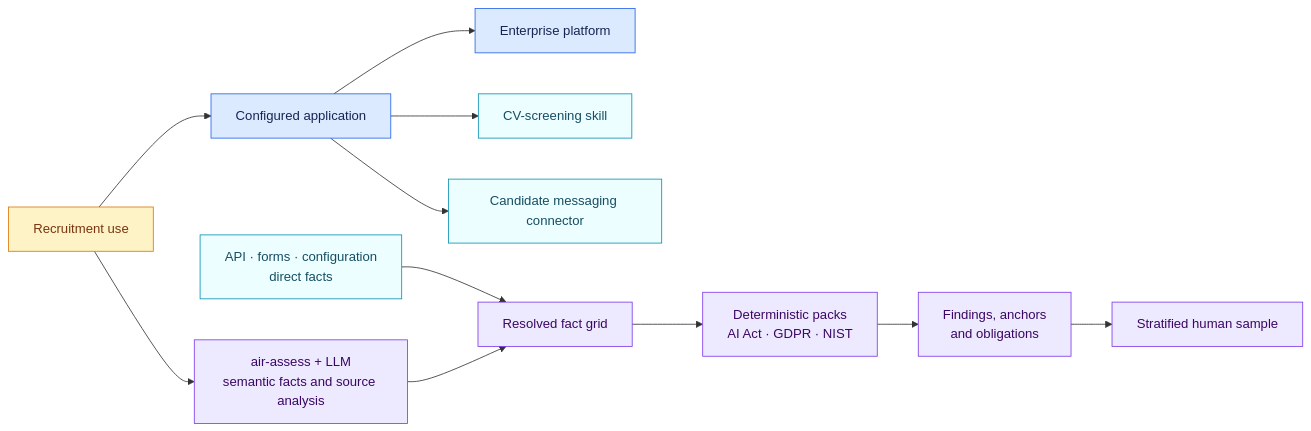
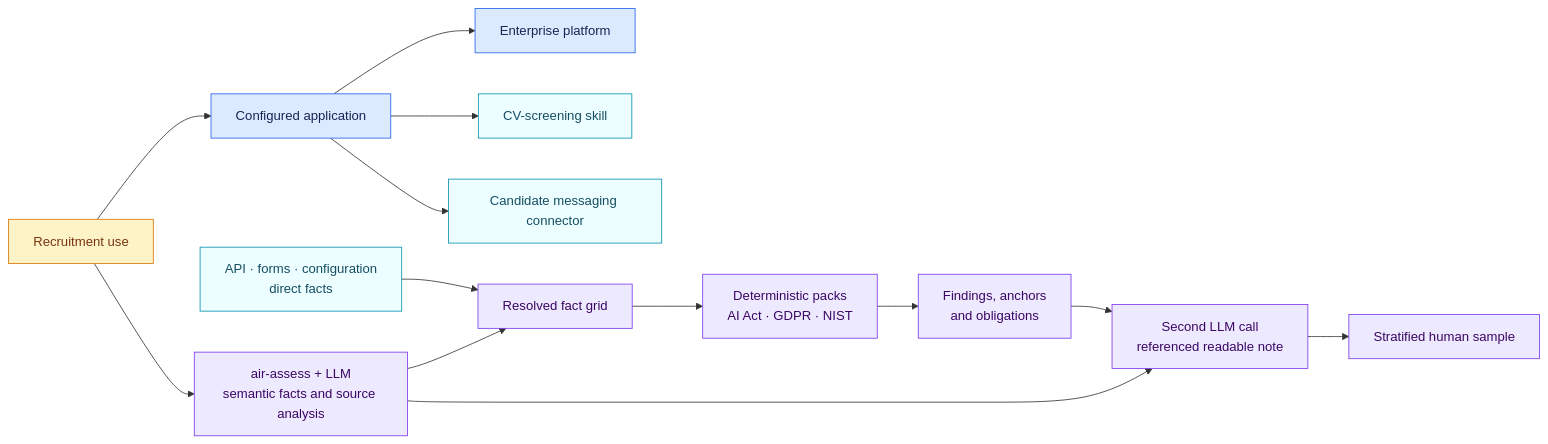
One commit to NickChaps/Open-AIRS changed the diagram in examples/ai-governance/README.md. Above: the diagram before and after it, drawn with Mermaid. The commit also changed other lines of this file and 58 other files, not shown here.

````diff
--- a/examples/ai-governance/README.md
+++ b/examples/ai-governance/README.md
@@ -10,22 +10,24 @@
 ```mermaid
 flowchart LR
     U["Recruitment use"] --> A["Configured application"]
     A --> P["Enterprise platform"]
     A --> S["CV-screening skill"]
     A --> C["Candidate messaging connector"]
     D["API · forms · configuration<br/>direct facts"] --> F["Resolved fact grid"]
     U --> X["air-assess + LLM<br/>semantic facts and source analysis"]
     X --> F
     F --> E["Deterministic packs<br/>AI Act · GDPR · NIST"]
     E --> R["Findings, anchors<br/>and obligations"]
-    R --> H["Stratified human sample"]
+    X --> N["Second LLM call<br/>referenced readable note"]
+    R --> N
+    N --> H["Stratified human sample"]
 
     classDef use fill:#fef3c7,stroke:#d97706,color:#78350f
     classDef app fill:#dbeafe,stroke:#2563eb,color:#172554
     classDef component fill:#ecfeff,stroke:#0891b2,color:#164e63
     classDef decision fill:#ede9fe,stroke:#7c3aed,color:#3b0764
     class U use
     class A,P app
     class S,C,D component
-    class X,F,E,R,H decision
+    class X,F,E,R,N,H decision
 ```
````
